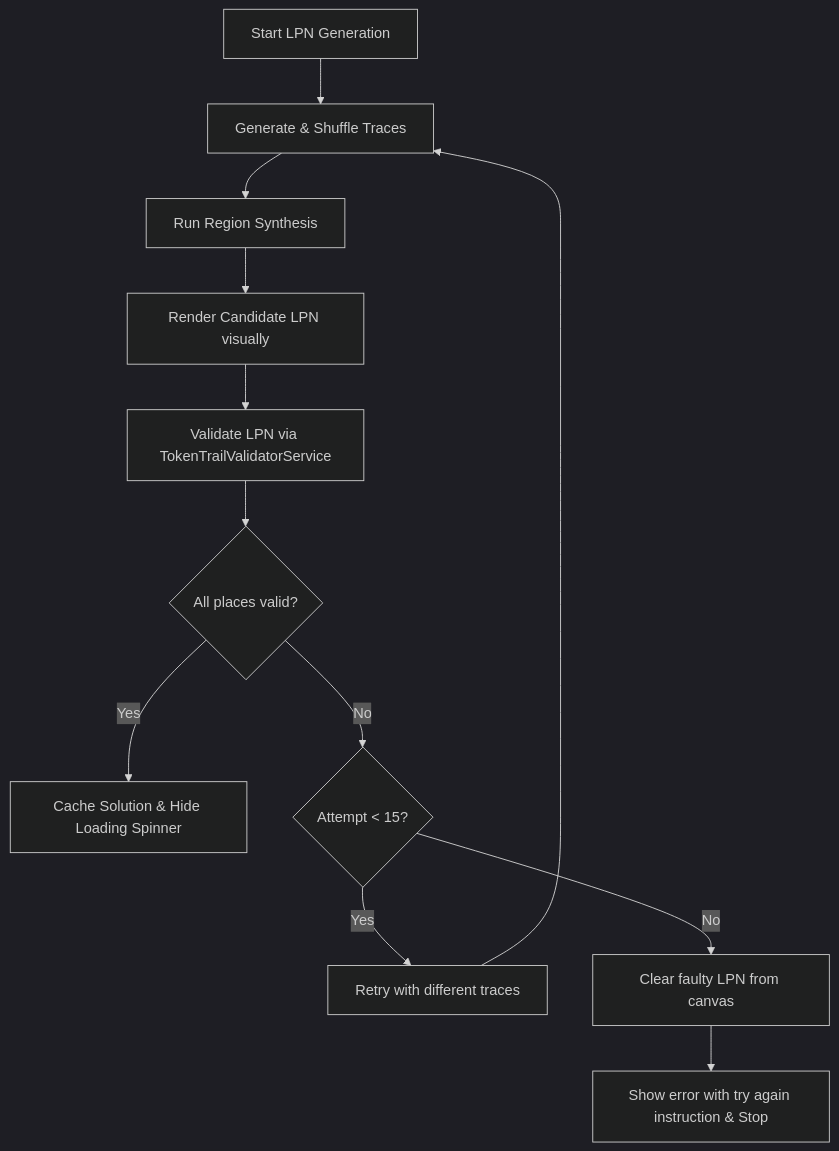
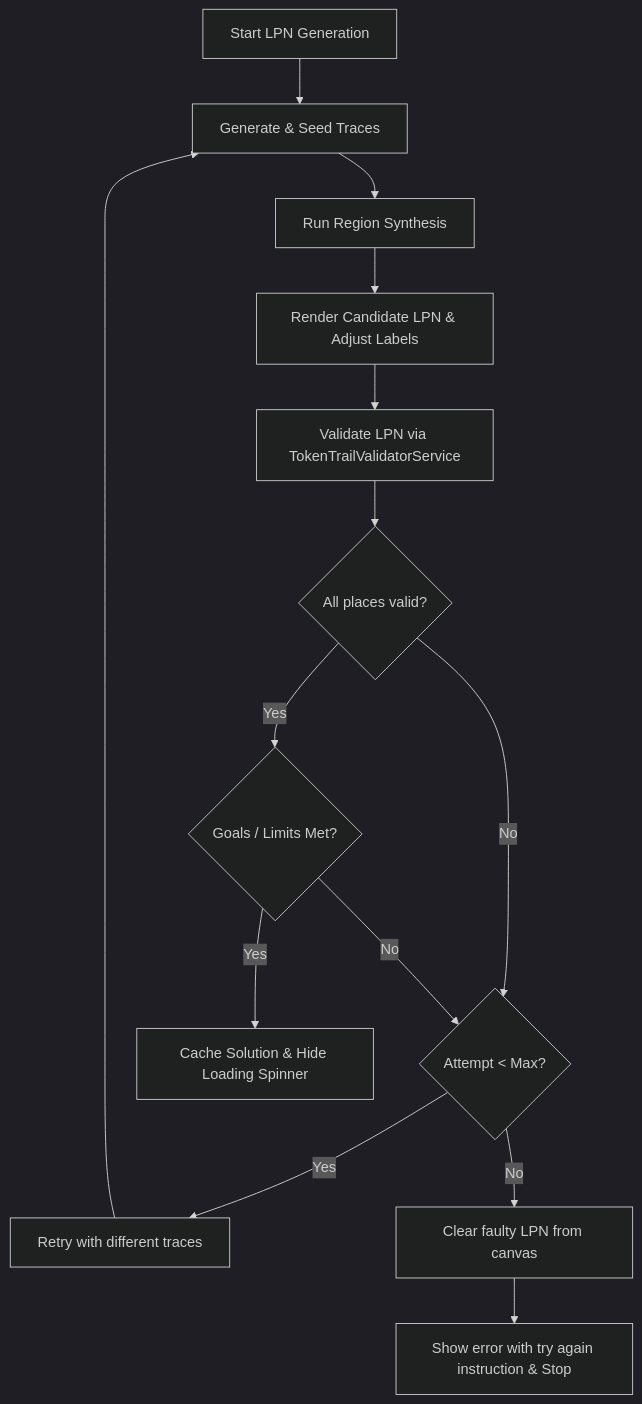
The diagram in LpnSynthesis.md (alexkolbfleisch/taco-trails), drawn with Mermaid (dark theme) before and after one commit. The commit also changed other lines of this file and 13 other files, not shown here.

````diff
--- a/LpnSynthesis.md
+++ b/LpnSynthesis.md
@@ -33,14 +39,16 @@
 ```mermaid
 graph TD
-    A[Start LPN Generation] --> B[Generate & Shuffle Traces]
+    A[Start LPN Generation] --> B[Generate & Seed Traces]
     B --> C[Run Region Synthesis]
-    C --> D[Render Candidate LPN visually]
+    C --> D[Render Candidate LPN & Adjust Labels]
     D --> E[Validate LPN via TokenTrailValidatorService]
     E --> F{All places valid?}
-    F -- Yes --> G[Cache Solution & Hide Loading Spinner]
-    F -- No --> H{Attempt < 15?}
-    H -- Yes --> I[Retry with different traces]
-    I --> B
-    H -- No --> J[Clear faulty LPN from canvas]
-    J --> K[Show error with try again instruction & Stop]
+    F -- No --> H{Attempt < Max?}
+    F -- Yes --> G{Goals / Limits Met?}
+    G -- Yes --> I[Cache Solution & Hide Loading Spinner]
+    G -- No --> H
+    H -- Yes --> J[Retry with different traces]
+    J --> B
+    H -- No --> K[Clear faulty LPN from canvas]
+    K --> L[Show error with try again instruction & Stop]
 ```
````
